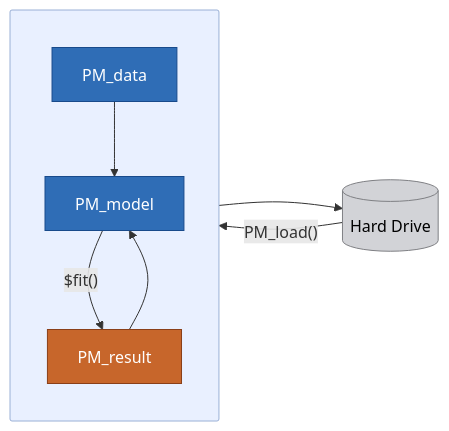
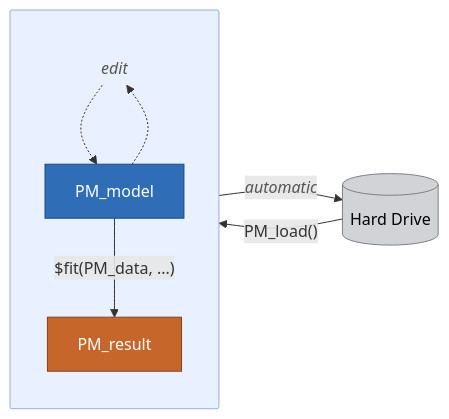
The diagram in workflow.qmd (LAPKB/PM_tutorial), drawn with Mermaid before and after one commit. The commit also changed other lines of this file and 33 other files, not shown here.

````diff
--- a/workflow.qmd
+++ b/workflow.qmd
@@ -36,30 +42,38 @@
 ```{mermaid}
 %%| eval: true
 flowchart LR
 
 subgraph RSession[" "]
   direction TB
-  DATA["PM_data"]
+  %% DATA["PM_data"]
+  mid(("edit"))
   MODEL["PM_model"]
   RESULT["PM_result"]
+
+  
 end
 
 DISK[("Hard Drive")]
 
-DATA --> MODEL
-MODEL -- "$fit()" --> RESULT
-RESULT --> MODEL
+MODEL -.-> mid(("edit")) -.-> MODEL
+MODEL -- "$fit(PM_data, ...)" --> RESULT
+%% RESULT -- "edit" --> MODEL
 DISK -- "PM_load()" --> RESULT
-RESULT --> DISK
+RESULT -- "automatic" --> DISK
+
 
 classDef blue fill:#2f6db6,stroke:#184a8b,color:#fff;
 classDef orange fill:#c7662b,stroke:#8a3f18,color:#fff;
 classDef disk fill:#d2d3d7,stroke:#7f8084,color:#000;
+classDef ghost fill:transparent,stroke:transparent,stroke-width:0px,padding:0px,font-style:italic, color:#555;
 
+class mid ghost;
 class DATA,MODEL blue;
 class RESULT orange;
 class DISK disk;
 
+linkStyle 4 font-style:italic, color:#555
+
 style RSession fill:#e9f0ff,stroke:#9ab0d6,stroke-width:1px,rx:2,ry:2
 
 ```
````
